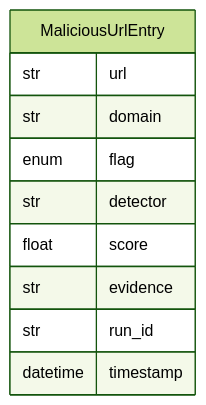
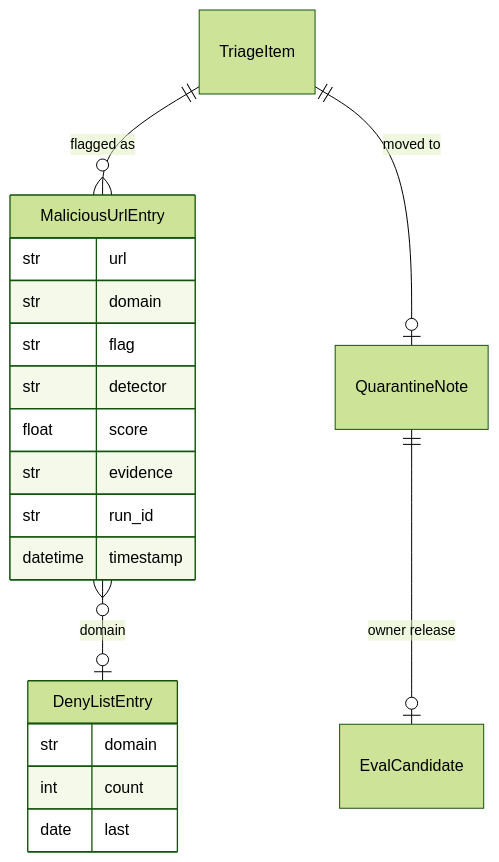
One commit to zskreisz01/pkpipe changed the diagram in specs/009-output-guard-and-quarantine/data-model.md. Above: the diagram before and after it, drawn with Mermaid (forest theme). The commit also changed other lines of this file and 113 other files, not shown here.

````diff
--- a/specs/009-output-guard-and-quarantine/data-model.md
+++ b/specs/009-output-guard-and-quarantine/data-model.md
@@ -32,13 +58,22 @@
 ```mermaid
 erDiagram
+    TriageItem ||--o{ MaliciousUrlEntry : "flagged as"
+    TriageItem ||--o| QuarantineNote : "moved to"
+    MaliciousUrlEntry }o--o| DenyListEntry : "domain"
+    QuarantineNote ||--o| EvalCandidate : "owner release"
     MaliciousUrlEntry {
         str url
         str domain
-        enum flag
+        str flag
         str detector
         float score
         str evidence
         str run_id
         datetime timestamp
     }
+    DenyListEntry {
+        str domain
+        int count
+        date last
+    }
 ```
````
